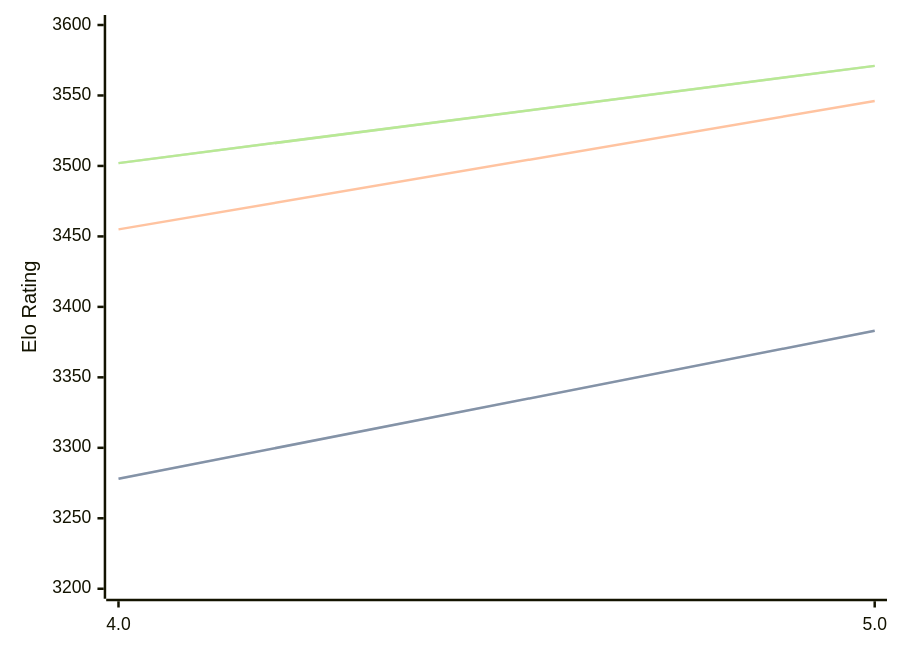
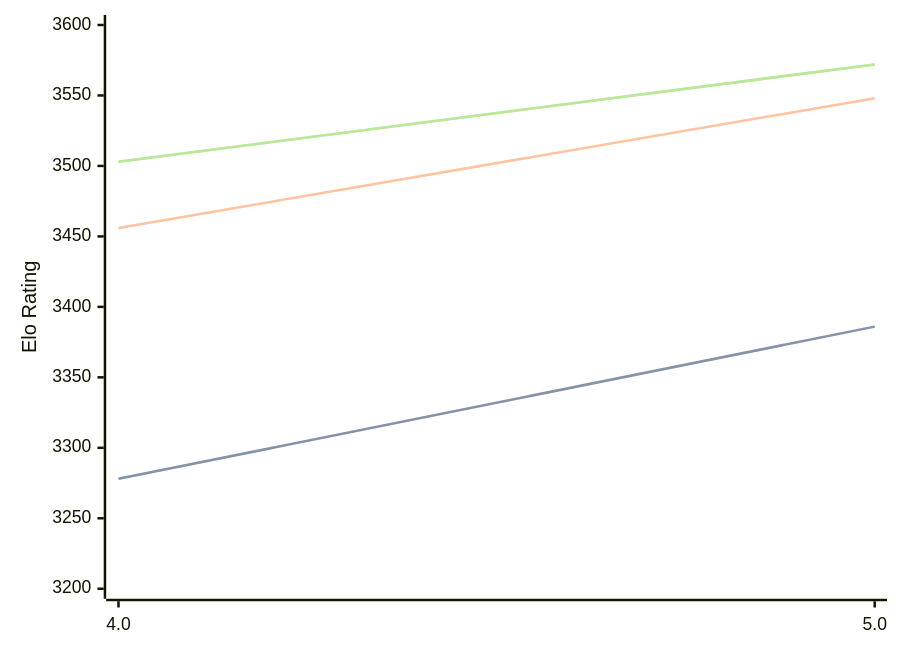
One commit to computer-chess-index/cci changed the diagram in engines/Tarnished.md. Above: the diagram before and after it, drawn with Mermaid. The commit also changed other lines of this file, not shown here.

Commit message:
Update CCI Ratings (ELO VLTC) - 2026-04-01

````diff
--- a/engines/Tarnished.md
+++ b/engines/Tarnished.md
@@ -36,11 +36,11 @@
 ```mermaid
 %%{init: {"theme":"base","themeVariables":{"seriesColors:['#a3a3a3','#222221','#faa371']}}}%%
 xychart-beta
   x-axis ["4.0", "5.0"]
   y-axis "Elo Rating" 3200 --> 3600
-  line "STC (8.0+0.08s)" [3278, 3383]
-  line "STC (8.0+0.08s)" [3278, 3383]
-  line "LTC (60.0+0.60s)" [3455, 3546]
-  line "VLTC (2m24s+1.12s)" [3502, 3571]
-  line "VLTC (2m24s+1.12s)" [3502, 3571]
+  line "STC (8.0+0.08s)" [3278, 3386]
+  line "STC (8.0+0.08s)" [3278, 3386]
+  line "LTC (60.0+0.60s)" [3456, 3548]
+  line "VLTC (2m24s+1.12s)" [3503, 3572]
+  line "VLTC (2m24s+1.12s)" [3503, 3572]
 ```
````
